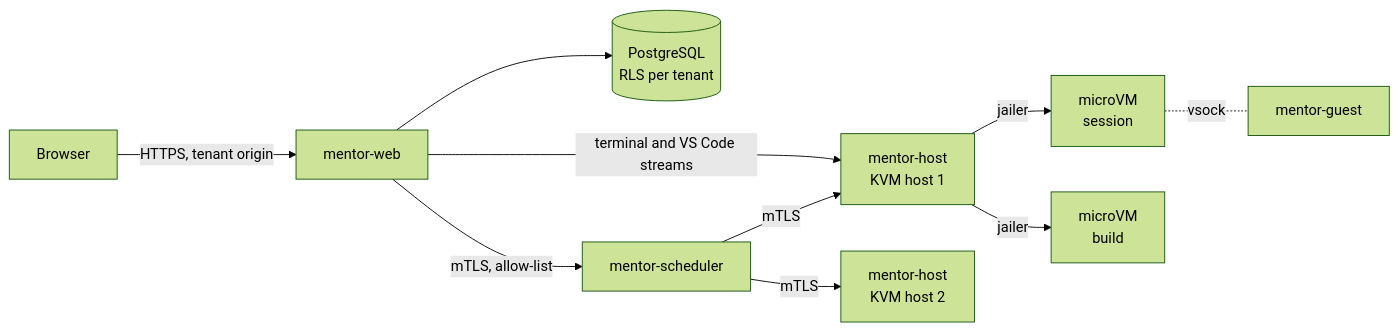
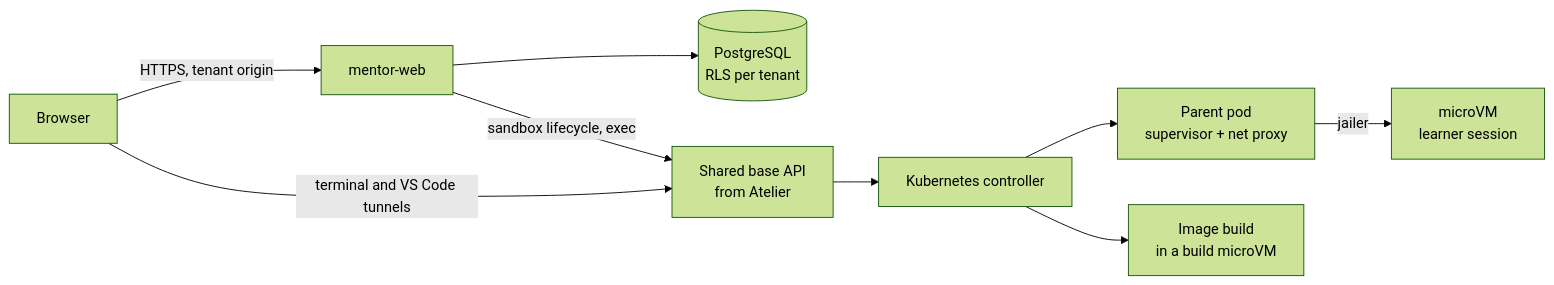
One commit to PhilippeVienne/mentor changed the diagram in doc/architecture.md. Above: the diagram before and after it, drawn with Mermaid (forest theme). The commit also changed other lines of this file and 17 other files, not shown here.

````diff
--- a/doc/architecture.md
+++ b/doc/architecture.md
@@ -56,12 +57,11 @@
 ```mermaid
 flowchart LR
     N[Browser] -->|HTTPS, tenant origin| W[mentor-web]
     W --> DB[(PostgreSQL<br/>RLS per tenant)]
-    W -->|mTLS, allow-list| S[mentor-scheduler]
-    S -->|mTLS| A1[mentor-host<br/>KVM host 1]
-    S -->|mTLS| A2[mentor-host<br/>KVM host 2]
-    A1 -->|jailer| VM1[microVM<br/>session]
-    A1 -->|jailer| VMB[microVM<br/>build]
-    VM1 -.vsock.- G[mentor-guest]
-    W -->|terminal and VS Code streams| A1
+    W -->|sandbox lifecycle, exec| B[Shared base API<br/>from Atelier]
+    N -->|terminal and VS Code tunnels| B
+    B --> K[Kubernetes controller]
+    K --> P1[Parent pod<br/>supervisor + net proxy]
+    K --> J[Image build<br/>in a build microVM]
+    P1 -->|jailer| VM1[microVM<br/>learner session]
 ```
````
